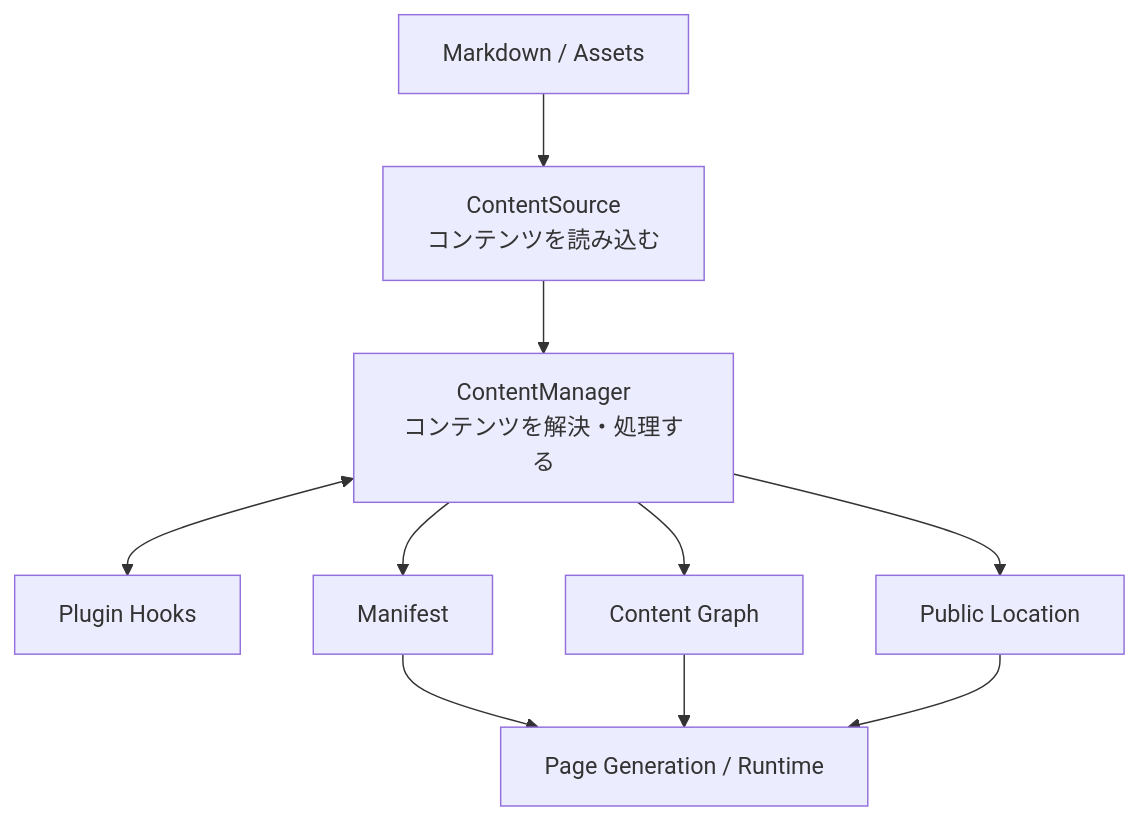
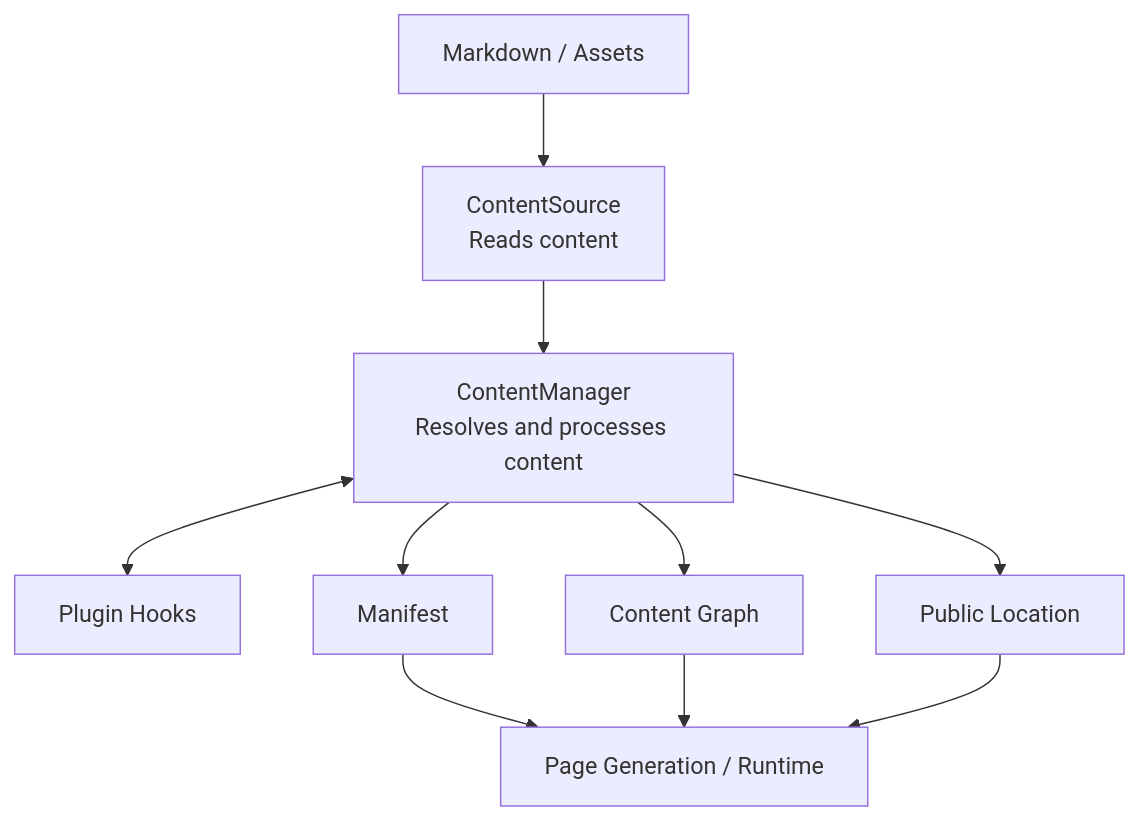
Before and after one commit to Rerurate514/riebeckite: the first of 13 diagrams in docs/docs/framework/content-system.md, drawn with Mermaid. The commit also changed other lines of this file and 604 other files, not shown here.

````diff
--- a/docs/docs/framework/content-system.md
+++ b/docs/docs/framework/content-system.md
@@ -21,24 +18,24 @@
-```mermaid id="r6gvss"
+```mermaid
 flowchart TD
     Files["Markdown / Assets"]
-    Source["ContentSource<br/>コンテンツを読み込む"]
-    Manager["ContentManager<br/>コンテンツを解決・処理する"]
+    Source["ContentSource<br/>Reads content"]
+    Manager["ContentManager<br/>Resolves and processes content"]
     Plugin["Plugin Hooks"]
     Manifest["Manifest"]
     Graph["Content Graph"]
     Location["Public Location"]
     Site["Page Generation / Runtime"]
 
     Files --> Source
     Source --> Manager
 
     Manager <--> Plugin
 
     Manager --> Manifest
     Manager --> Graph
     Manager --> Location
 
     Manifest --> Site
     Graph --> Site
     Location --> Site
 ```
````
